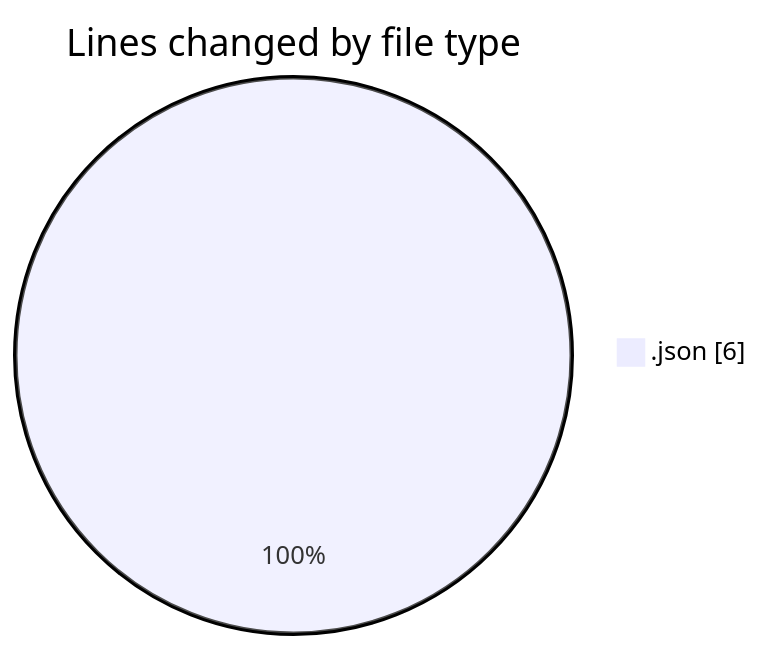
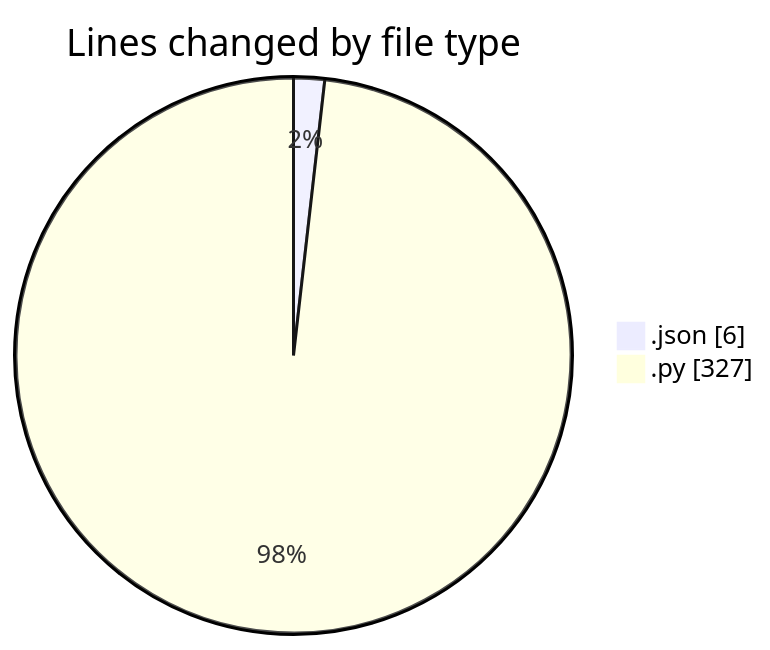
The first of 2 diagrams in 2025-02-18/myws__workspace_/README.md (MatusMokan/code-tracking), drawn with Mermaid before and after one commit. The commit also changed other lines of this file and 1 other file, not shown here.

````diff
--- a/2025-02-18/myws__workspace_/README.md
+++ b/2025-02-18/myws__workspace_/README.md
@@ -20,5 +21,6 @@
 ```mermaid
 pie showData
 title Lines changed by file type
 ".json" : 6
+".py" : 327
 ```
````
